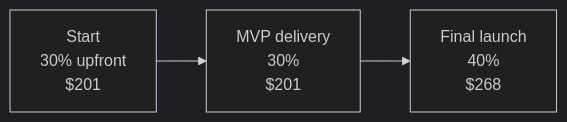
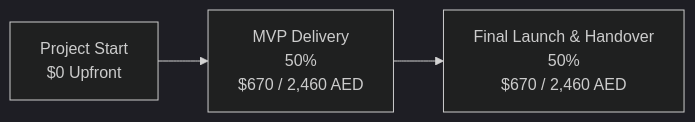
Before and after one commit to igor-kan/quarto-writing: the tenth of 10 diagrams in posts/aurora_internal_ai_assistant_proposal_v3.qmd, drawn with Mermaid (dark theme). The commit also changed other lines of this file and 3 other files, not shown here.

````diff
--- a/posts/aurora_internal_ai_assistant_proposal_v3.qmd
+++ b/posts/aurora_internal_ai_assistant_proposal_v3.qmd
@@ -752,5 +752,5 @@
 ```mermaid
 flowchart LR
-    A[Start<br/>30% upfront<br/>$201] --> B[MVP delivery<br/>30%<br/>$201]
-    B --> C[Final launch<br/>40%<br/>$268]
+    A[Project Start<br/>$0 Upfront] --> B[MVP Delivery<br/>50%<br/>$670 / 2,460 AED]
+    B --> C[Final Launch & Handover<br/>50%<br/>$670 / 2,460 AED]
 ```
````
